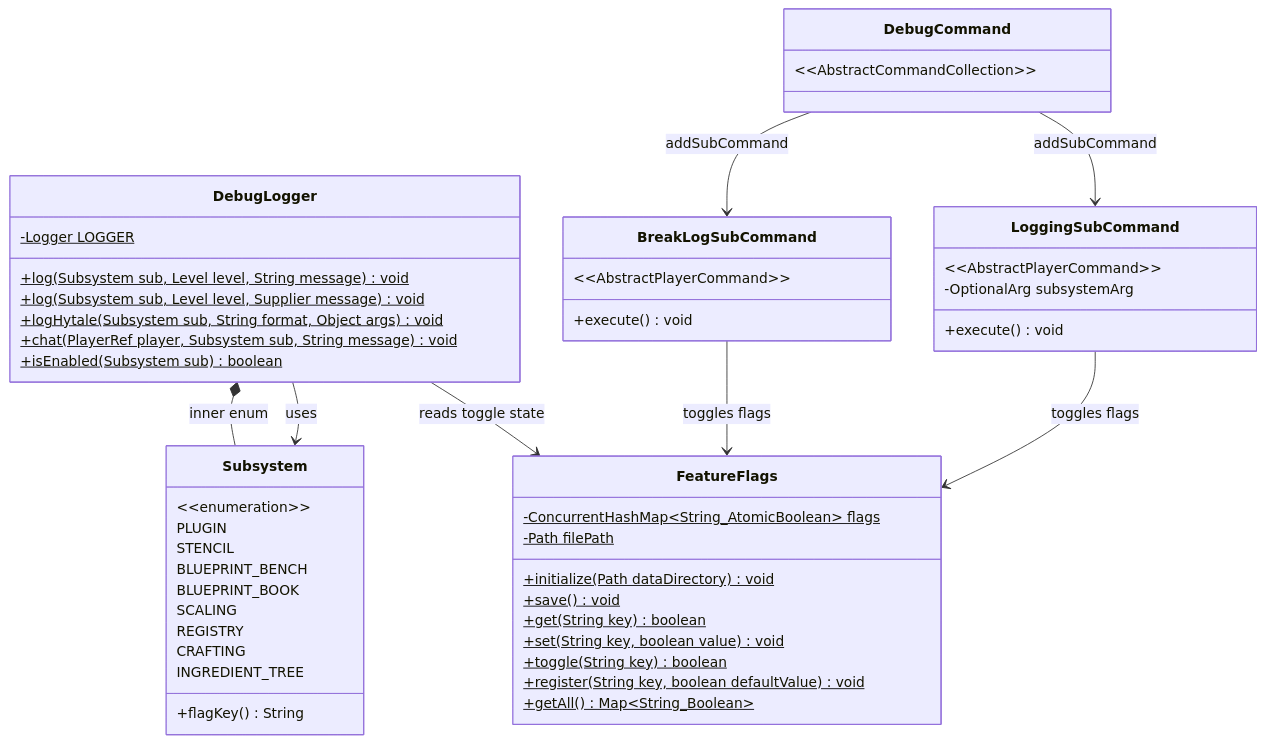
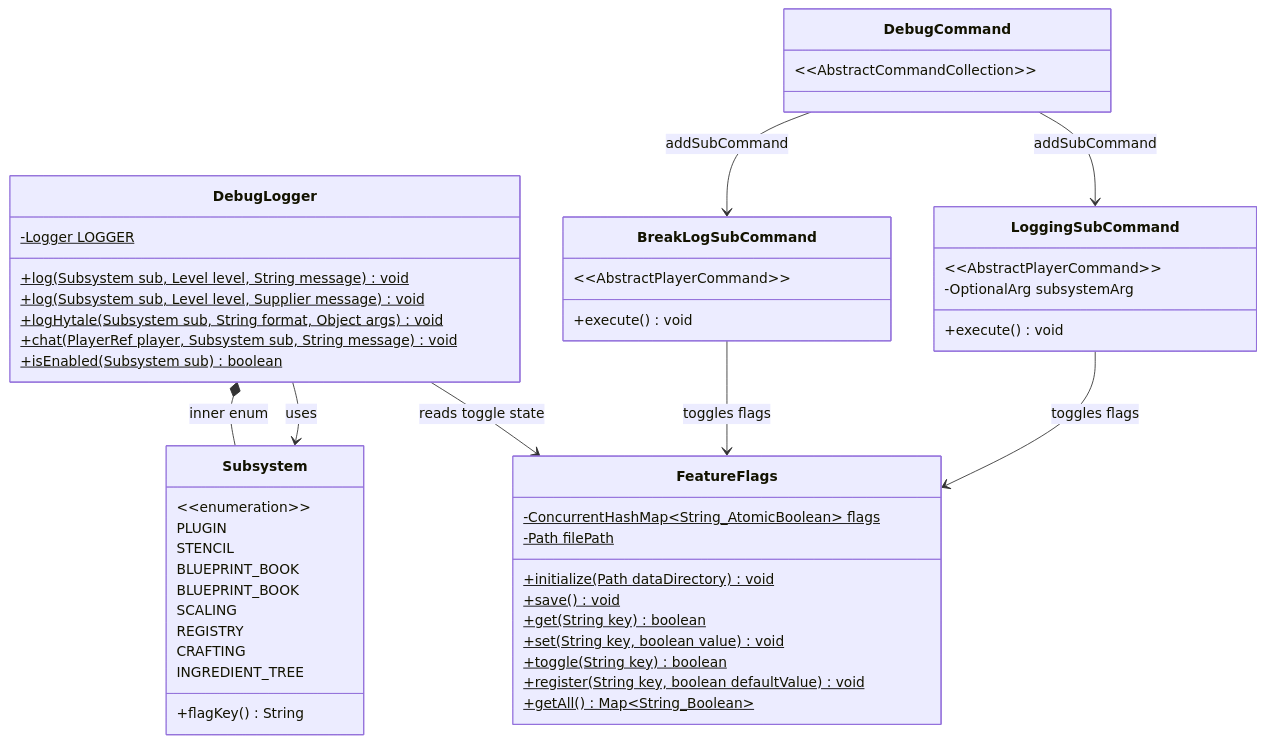
The first of 3 diagrams in docs/design-feature-flags-debug-logger.md (TheCodeCreature/Hytale-Example-Plugin), drawn with Mermaid before and after one commit. The commit also changed other lines of this file and 120 other files, not shown here.

First line of the commit message:
Refactor Blueprint Bench to Blueprint Book

````diff
--- a/docs/design-feature-flags-debug-logger.md
+++ b/docs/design-feature-flags-debug-logger.md
@@ -30,59 +30,59 @@
 ```mermaid
 classDiagram
     class FeatureFlags {
         -ConcurrentHashMap~String_AtomicBoolean~ flags$
         -Path filePath$
         +initialize(Path dataDirectory)$ void
         +save()$ void
         +get(String key)$ boolean
         +set(String key, boolean value)$ void
         +toggle(String key)$ boolean
         +register(String key, boolean defaultValue)$ void
         +getAll()$ Map~String_Boolean~
     }
 
     class DebugLogger {
         -Logger LOGGER$
         +log(Subsystem sub, Level level, String message)$ void
         +log(Subsystem sub, Level level, Supplier message)$ void
         +logHytale(Subsystem sub, String format, Object args)$ void
         +chat(PlayerRef player, Subsystem sub, String message)$ void
         +isEnabled(Subsystem sub)$ boolean
     }
 
     class Subsystem {
         &lt;&lt;enumeration&gt;&gt;
         PLUGIN
         STENCIL
-        BLUEPRINT_BENCH
+        BLUEPRINT_BOOK
         BLUEPRINT_BOOK
         SCALING
         REGISTRY
         CRAFTING
         INGREDIENT_TREE
         +flagKey() String
     }
 
     class DebugCommand {
         &lt;&lt;AbstractCommandCollection&gt;&gt;
     }
 
     class LoggingSubCommand {
         &lt;&lt;AbstractPlayerCommand&gt;&gt;
         -OptionalArg subsystemArg
         +execute() void
     }
 
     class BreakLogSubCommand {
         &lt;&lt;AbstractPlayerCommand&gt;&gt;
         +execute() void
     }
 
     DebugLogger --> FeatureFlags : reads toggle state
     DebugLogger --> Subsystem : uses
     DebugCommand --> LoggingSubCommand : addSubCommand
     DebugCommand --> BreakLogSubCommand : addSubCommand
     LoggingSubCommand --> FeatureFlags : toggles flags
     BreakLogSubCommand --> FeatureFlags : toggles flags
     Subsystem --* DebugLogger : inner enum
 ```
````
